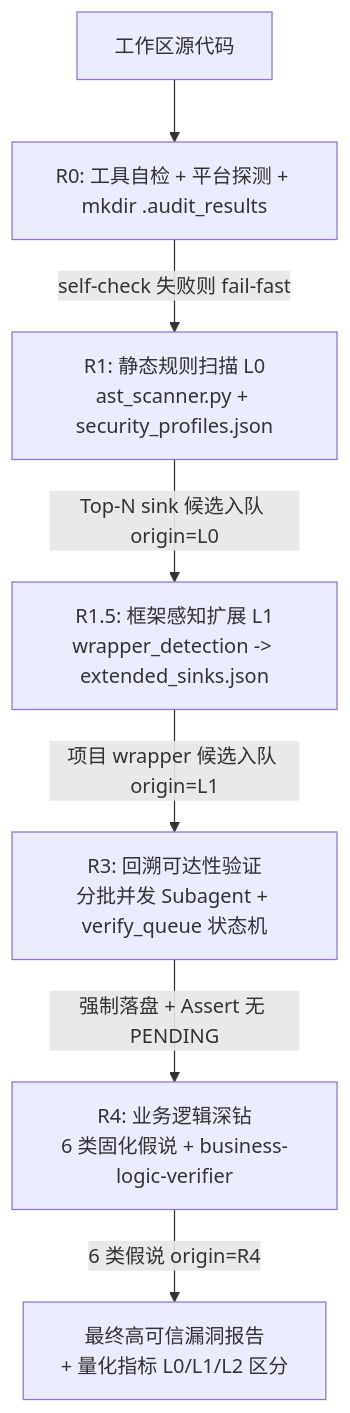
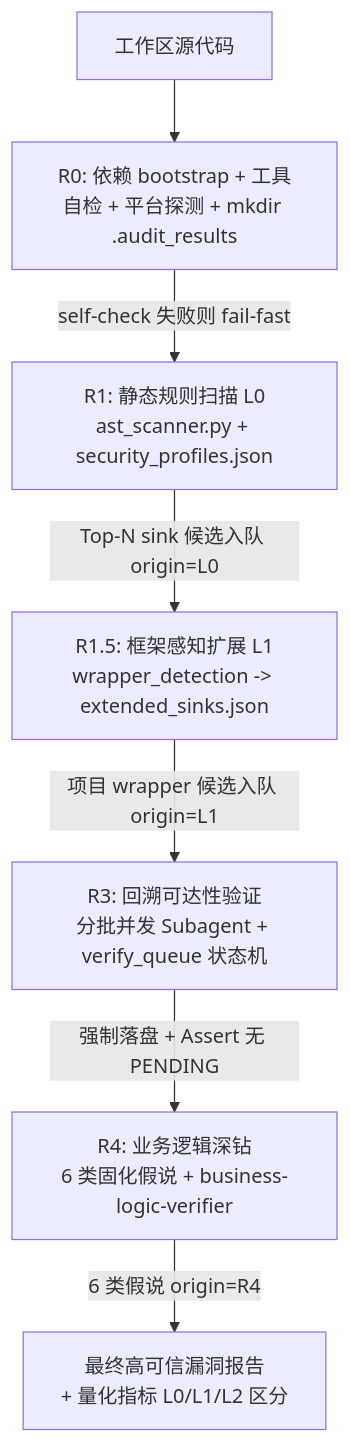
Before and after one commit to diandiandia/reachable-critical-audit: the diagram in SYSTEM_DESIGN.md, drawn with Mermaid. The commit also changed other lines of this file and 6 other files, not shown here.

````diff
--- a/SYSTEM_DESIGN.md
+++ b/SYSTEM_DESIGN.md
@@ -27,17 +27,17 @@
 ```mermaid
 graph TD
     A[工作区源代码]
-    R0[R0: 工具自检 + 平台探测 + mkdir .audit_results]
+    R0[R0: 依赖 bootstrap + 工具自检 + 平台探测 + mkdir .audit_results]
     R1[R1: 静态规则扫描 L0<br/>ast_scanner.py + security_profiles.json]
     R15[R1.5: 框架感知扩展 L1<br/>wrapper_detection -> extended_sinks.json]
     R3[R3: 回溯可达性验证<br/>分批并发 Subagent + verify_queue 状态机]
     R4[R4: 业务逻辑深钻<br/>6 类固化假说 + business-logic-verifier]
     RPT[最终高可信漏洞报告<br/>+ 量化指标 L0/L1/L2 区分]
 
     A --> R0
     R0 -->|self-check 失败则 fail-fast| R1
     R1 -->|Top-N sink 候选入队 origin=L0| R15
     R15 -->|项目 wrapper 候选入队 origin=L1| R3
     R3 -->|强制落盘 + Assert 无 PENDING| R4
     R4 -->|6 类假说 origin=R4| RPT
 ```
````
